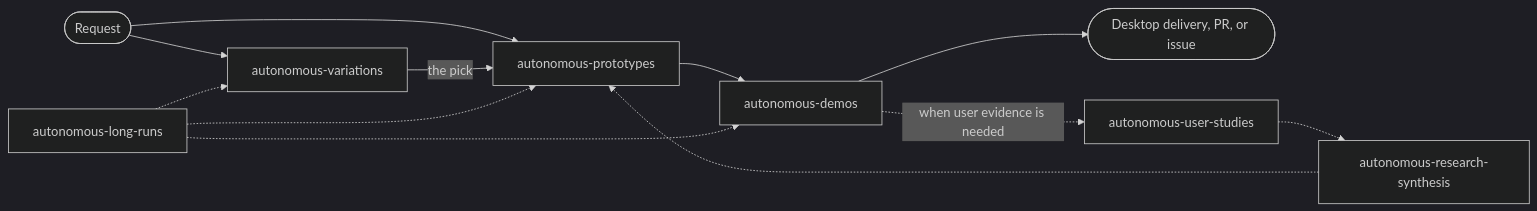
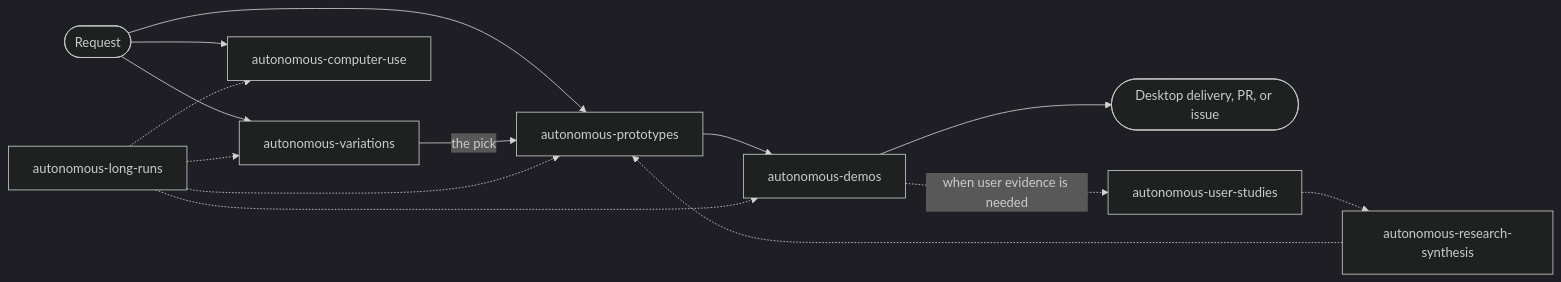
Before and after one commit to eli-w-king/autonomous-output-skills: the diagram in README.md, drawn with Mermaid (dark theme). The commit also changed other lines of this file and 5 other files, not shown here.

Commit message:
Add autonomous Computer Use skill

````diff
--- a/README.md
+++ b/README.md
@@ -35,14 +36,16 @@
 ```mermaid
 flowchart LR
   Ask([Request]) --> P[autonomous-prototypes]
   Ask --> V[autonomous-variations]
+  Ask --> C[autonomous-computer-use]
   V -- the pick --> P
   P --> D[autonomous-demos]
   D --> Out([Desktop delivery, PR, or issue])
   L[autonomous-long-runs] -.-> P
   L -.-> V
   L -.-> D
+  L -.-> C
   D -. when user evidence is needed .-> S[autonomous-user-studies]
   S -.-> R[autonomous-research-synthesis]
   R -.-> P
 ```
````
